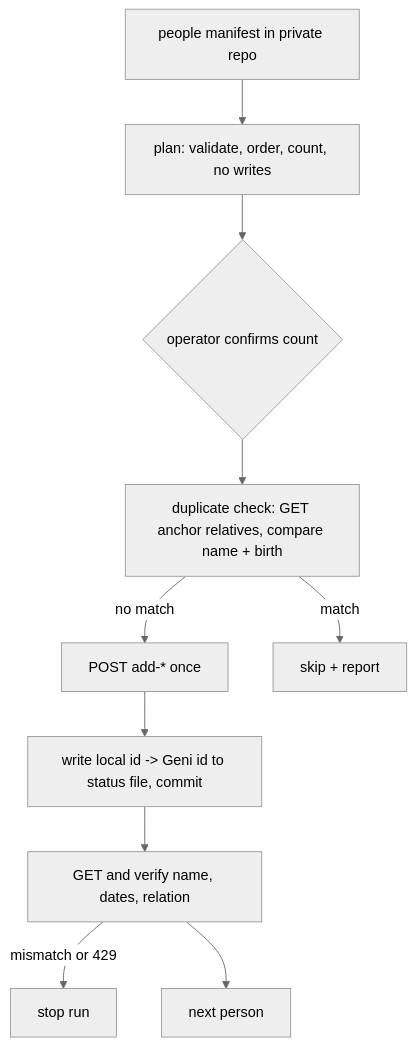
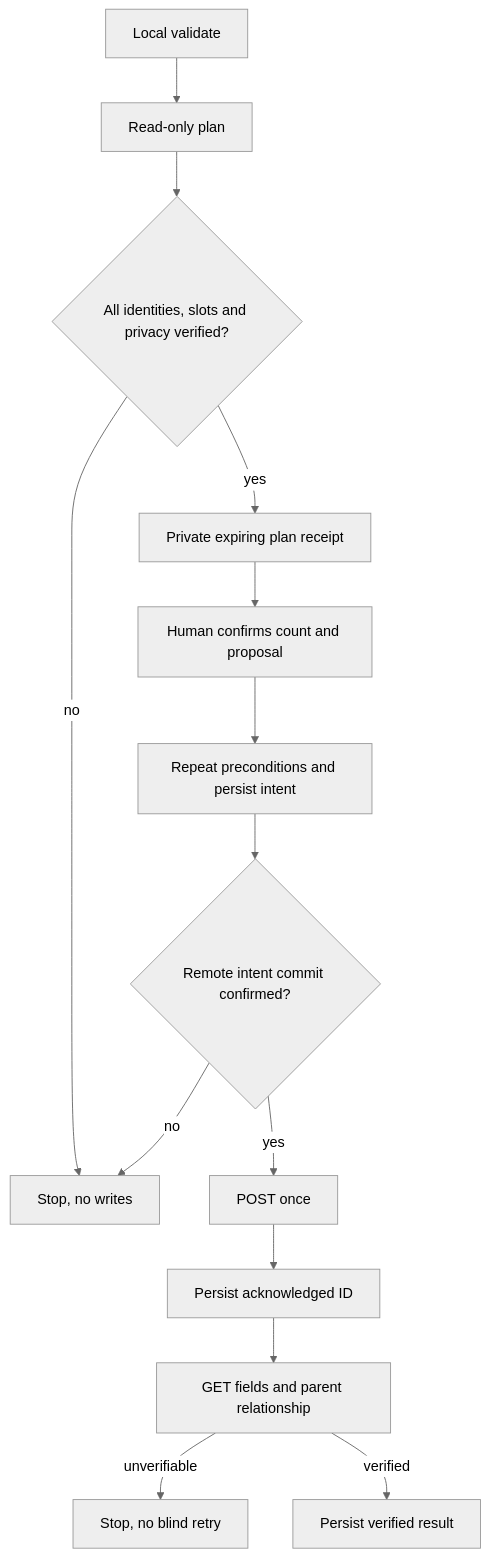
Before and after one commit to reihl-tab/geni-uploader: the diagram in docs/profile-creation-design.md, drawn with Mermaid (neutral theme). The commit also changed other lines of this file, not shown here.

Commit message:
Replace conflicting creation design with explicit parent-trial gates

````diff
--- a/docs/profile-creation-design.md
+++ b/docs/profile-creation-design.md
@@ -19,12 +92,16 @@
 ```mermaid
 flowchart TD
-  M[people manifest in private repo] --> P[plan: validate, order, count, no writes]
-  P --> G{operator confirms count}
-  G --> D[duplicate check: GET anchor relatives, compare name + birth]
-  D -->|no match| C[POST add-* once]
-  D -->|match| S[skip + report]
-  C --> W[write local id -> Geni id to status file, commit]
-  W --> V[GET and verify name, dates, relation]
-  V -->|mismatch or 429| X[stop run]
-  V --> N[next person]
+  V[Local validate] --> P[Read-only plan]
+  P --> G{All identities, slots and privacy verified?}
+  G -->|no| S[Stop, no writes]
+  G -->|yes| R[Private expiring plan receipt]
+  R --> H[Human confirms count and proposal]
+  H --> C[Repeat preconditions and persist intent]
+  C --> D{Remote intent commit confirmed?}
+  D -->|no| S
+  D -->|yes| W[POST once]
+  W --> A[Persist acknowledged ID]
+  A --> B[GET fields and parent relationship]
+  B -->|unverifiable| U[Stop, no blind retry]
+  B -->|verified| N[Persist verified result]
 ```
````
